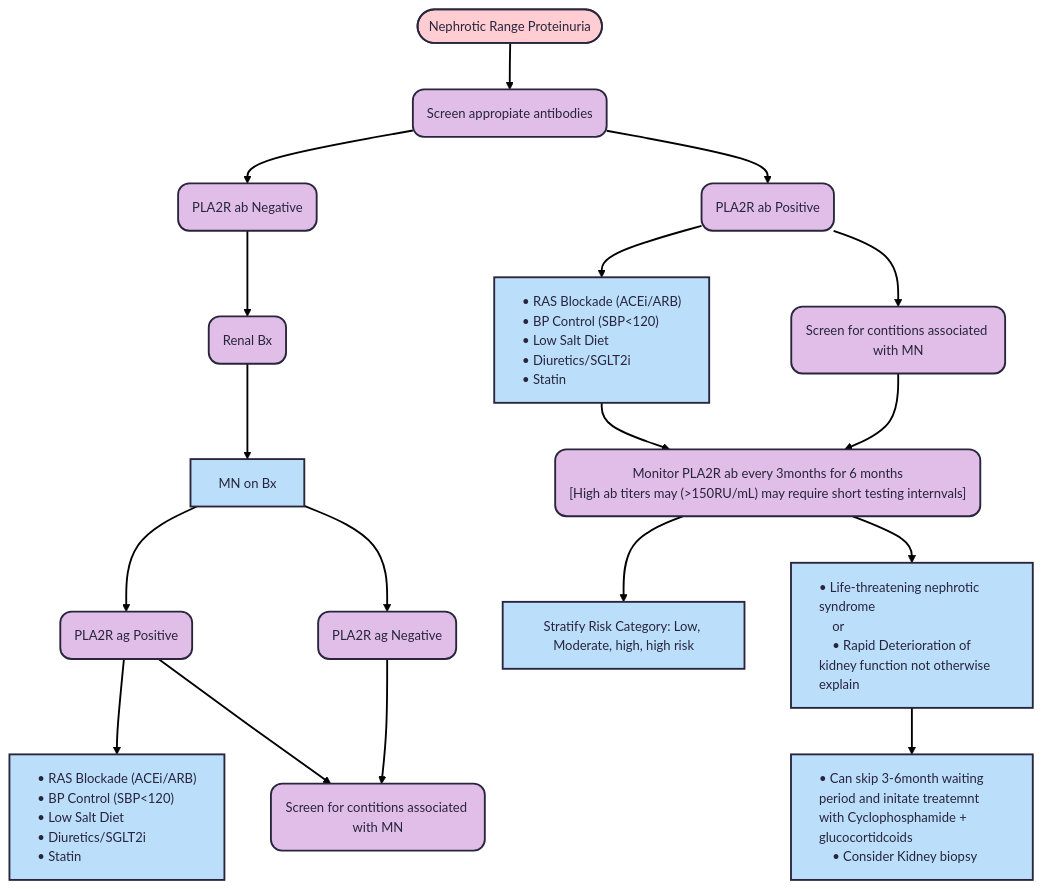
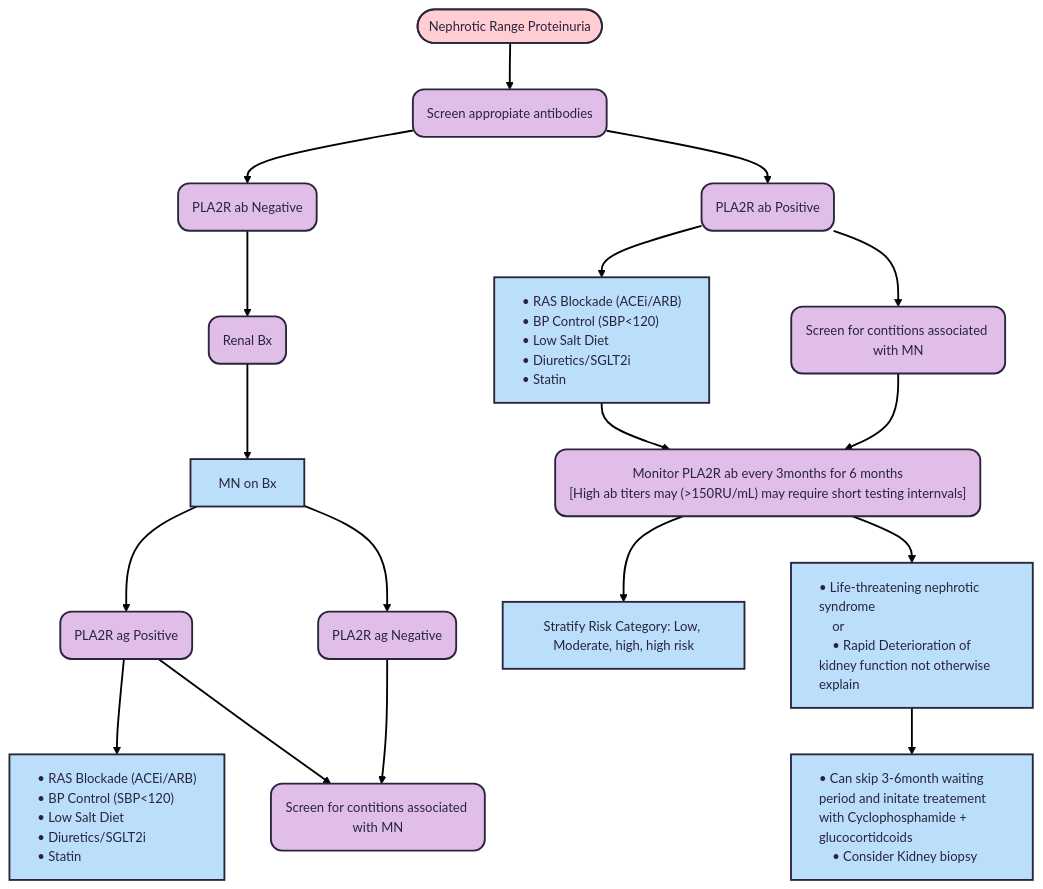
One commit to TTUNEPH2025/GN changed the first of 4 diagrams in docs/Membranous.md. Above: the diagram before and after it, drawn with Mermaid.

````diff
--- a/docs/Membranous.md
+++ b/docs/Membranous.md
@@ -97,56 +97,56 @@
 ```mermaid
 ---
 config:
   theme: redux
 ---
 flowchart TD
     A(["Nephrotic Range Proteinuria"]) --> B["Screen appropiate antibodies"]
     B --> C["PLA2R ab Negative"] & D["PLA2R ab Positive"]
     C --> n1["Renal Bx"]
     n1 --> n2["MN on Bx"]
     n2 --> n3["PLA2R ag Positive"] & n4["PLA2R ag Negative"]
     n4 --> n5["Screen for contitions associated with MN"]
     n3 --> n6["• RAS Blockade (ACEi/ARB)
     • BP Control (SBP&lt;120)
     • Low Salt Diet
     • Diuretics/SGLT2i
     • Statin"] & n5
     D --> n7["• RAS Blockade (ACEi/ARB)
     • BP Control (SBP&lt;120)
     • Low Salt Diet
     • Diuretics/SGLT2i
     • Statin"] & n8["Screen for contitions associated with MN"]
     n7 --> n9["Monitor PLA2R ab every 3months for 6 months
     [High ab titers may (>150RU/mL) may require short testing internvals]"]
     n8 --> n9
     n9 --> n10["Stratify Risk Category: Low, Moderate, high, high risk"] & n11["• Life-threatening nephrotic syndrome
     or
     • Rapid Deterioration of kidney function not otherwise explain"]
-    n11 --> n12[" • Can skip 3-6month waiting period and initate treatemnt with Cyclophosphamide + glucocortidcoids 
+    n11 --> n12[" • Can skip 3-6month waiting period and initate treatement with Cyclophosphamide + glucocortidcoids 
     • Consider Kidney biopsy"]
     B@{ shape: rounded}
     C@{ shape: rounded}
     D@{ shape: rounded}
     n1@{ shape: rounded}
     n3@{ shape: rounded}
     n4@{ shape: rounded}
     n5@{ shape: rounded}
     n8@{ shape: rounded}
     n9@{ shape: rounded}
     style A fill:#FFCDD2
     style B fill:#E1BEE7
     style C fill:#E1BEE7
     style D fill:#E1BEE7
     style n1 fill:#E1BEE7
     style n2 fill:#BBDEFB
     style n3 fill:#E1BEE7
     style n4 fill:#E1BEE7
     style n5 fill:#E1BEE7
     style n6 fill:#BBDEFB,text-align:left,white-space:nowrap
     style n7 fill:#BBDEFB,text-align:left,white-space:nowrap
     style n8 fill:#E1BEE7
     style n9 fill:#E1BEE7,white-space:nowrap
     style n10 fill:#BBDEFB
     style n11 fill:#BBDEFB,text-align:left
     style n12 fill:#BBDEFB,text-align:left
 ```
````
